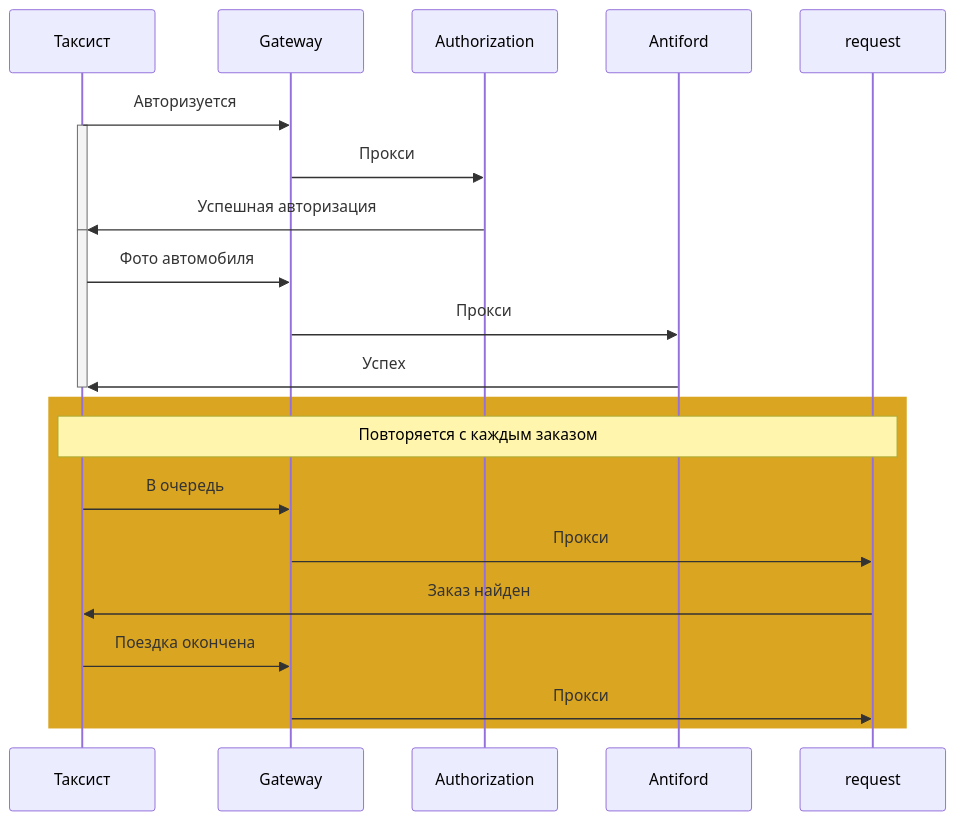
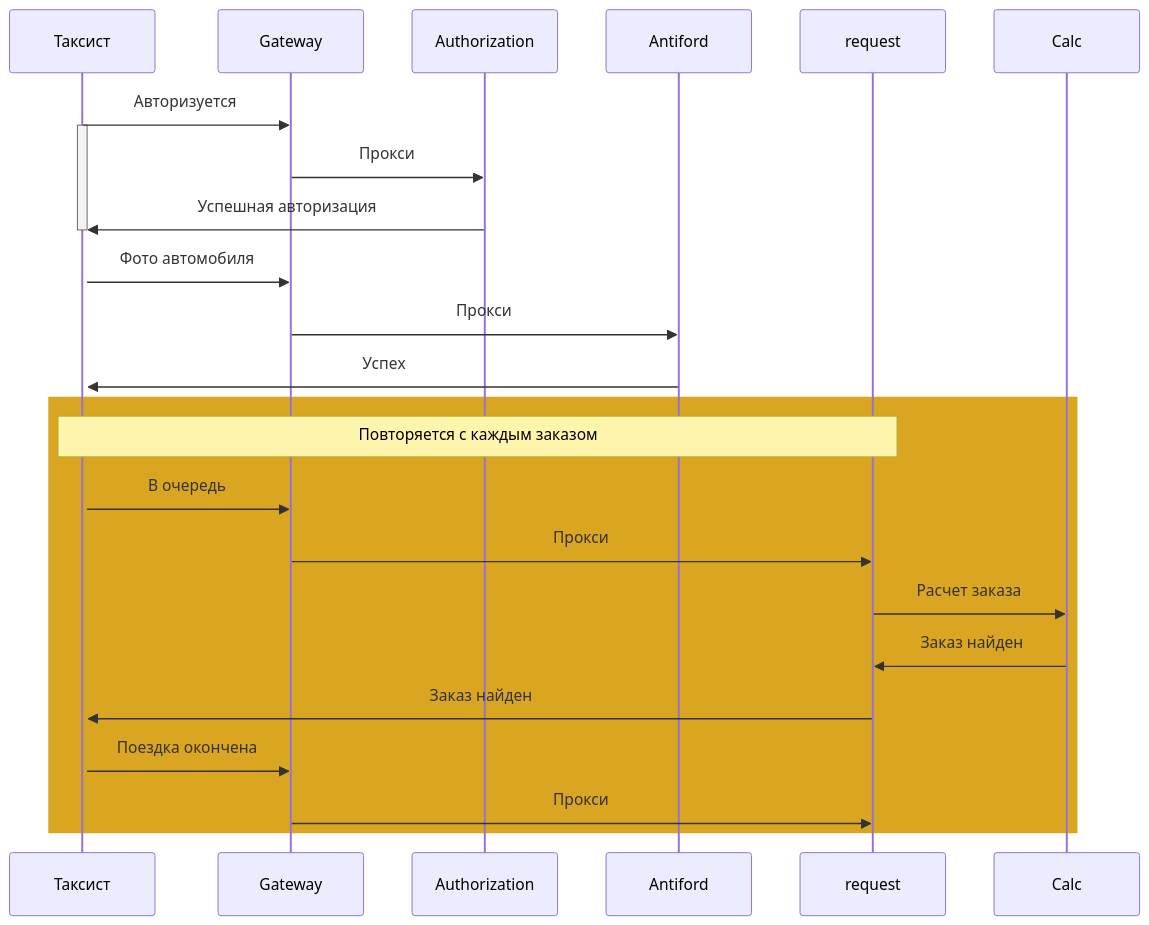
Before and after one commit to deriglazoff/promocodes: the diagram in README.md, drawn with Mermaid.

````diff
--- a/README.md
+++ b/README.md
@@ -2,26 +2,27 @@
 ```mermaid
 sequenceDiagram
 participant customer as Таксист
 participant Gateway
 participant auth as Authorization
 participant anti as Antiford
 participant req as request
   customer->>Gateway:Авторизуется
   activate customer
   Gateway->>auth:Прокси
   auth->>customer:Успешная авторизация
   deactivate customer
   activate customer
   customer->>Gateway:Фото автомобиля
   Gateway->>anti:Прокси
   anti->>customer:Успех
-  deactivate customer
     rect GoldenRod
     Note over customer, req:Повторяется с каждым заказом
     customer->>Gateway:В очередь
     Gateway->>req:Прокси
+    req->>Сalc:Расчет заказа
+    Сalc->>req:Заказ найден
     req->>customer:Заказ найден
     customer->>Gateway:Поездка окончена
     Gateway->>req:Прокси
     end
 ```
````
